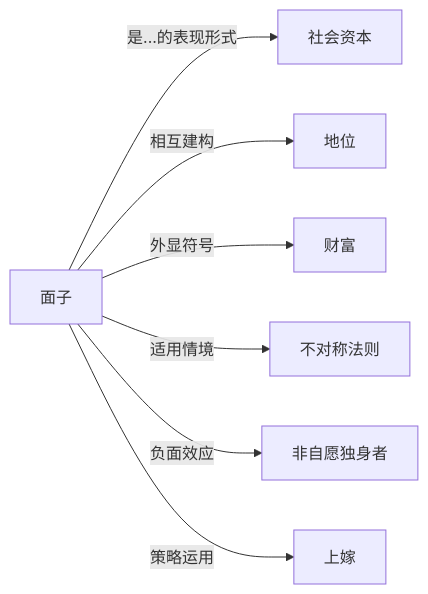
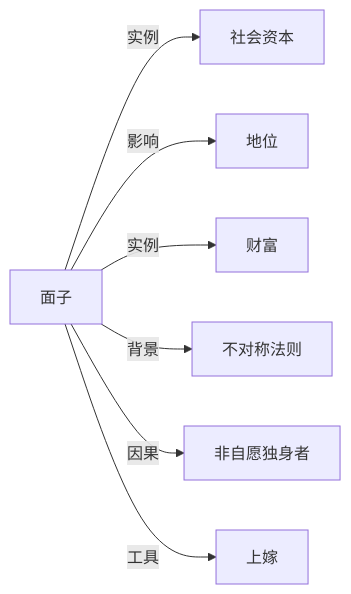
Before and after one commit to KIMMCHOW/MyKnowledge: the diagram in Knowledge/Concepts/社会学/面子.md, drawn with Mermaid. The commit also changed 95 other files, not shown here.

Commit message:
reorganize: 统一关系图边标签为11类

````diff
--- a/Knowledge/Concepts/社会学/面子.md
+++ b/Knowledge/Concepts/社会学/面子.md
@@ -47,9 +47,9 @@
 ```mermaid
 graph LR
-面子 -->|是...的表现形式| 社会资本
-面子 -->|相互建构| 地位
-面子 -->|外显符号| 财富
-面子 -->|适用情境| 不对称法则
-面子 -->|负面效应| 非自愿独身者
-面子 -->|策略运用| 上嫁
+面子 -->|实例| 社会资本
+面子 -->|影响| 地位
+面子 -->|实例| 财富
+面子 -->|背景| 不对称法则
+面子 -->|因果| 非自愿独身者
+面子 -->|工具| 上嫁
 ```
````
